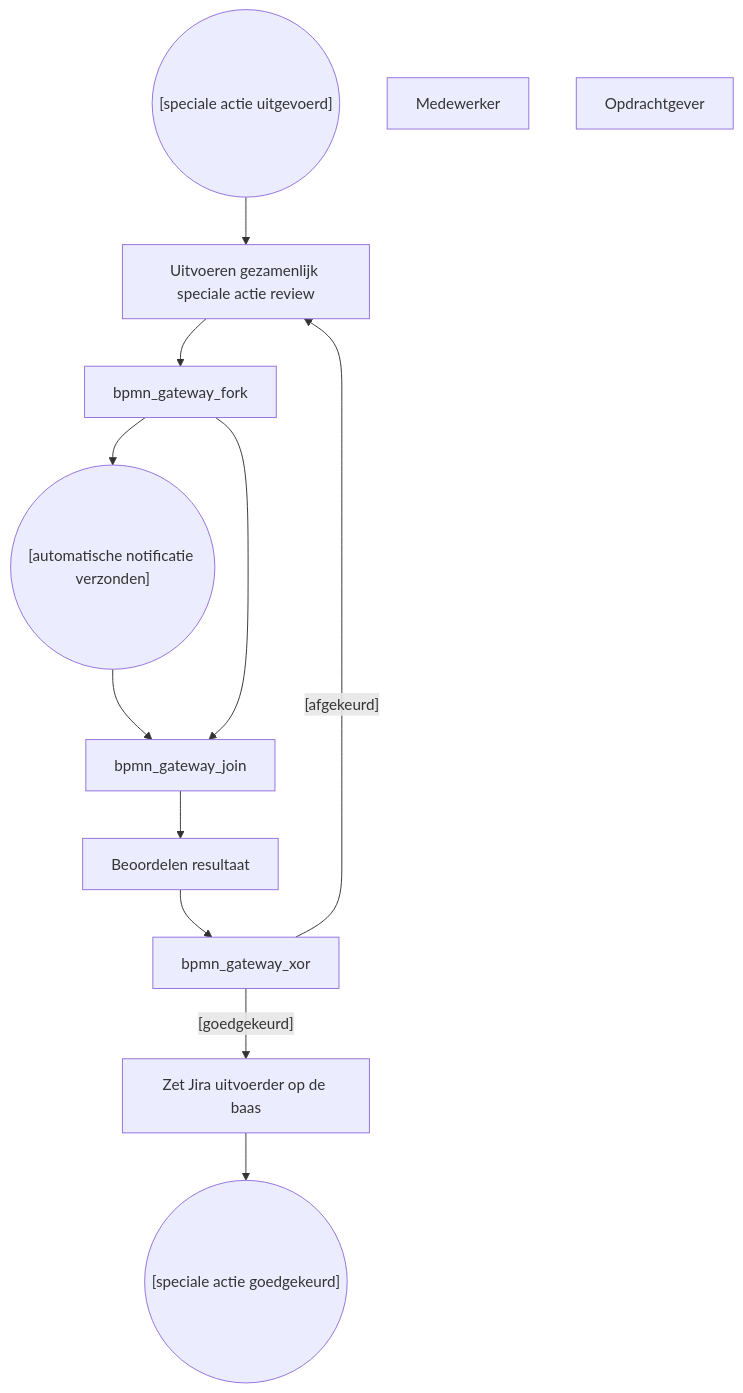
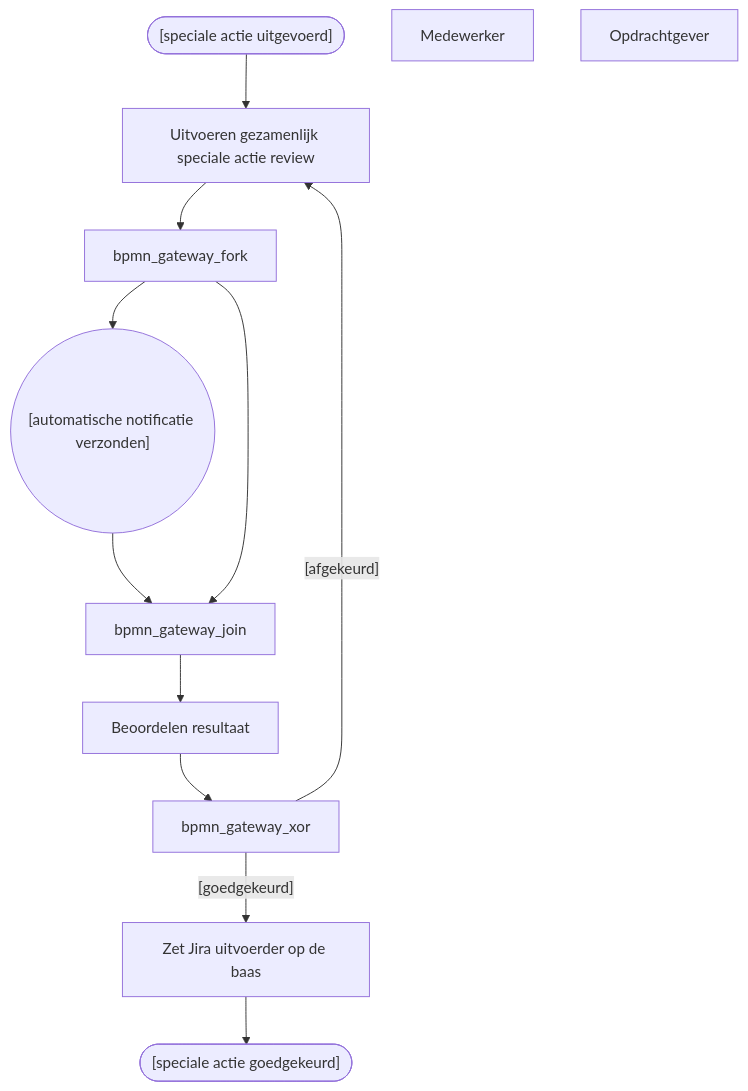
Before and after one commit to Zaibatsu89/IssueTracker: the diagram in 12 Issue Tracker review special action.mermaid, drawn with Mermaid. The commit also changed 12 other files, not shown here.

Commit message:
Added support for both BPMN and standard flowchart shapes

```diff
--- a/12 Issue Tracker review special action.mermaid
+++ b/12 Issue Tracker review special action.mermaid
@@ -1,19 +1,19 @@
-graph TD
-    bpmn_start_event(("[speciale actie uitgevoerd]"))
+flowchart TD
+    bpmn_start_event(["[speciale actie uitgevoerd]"])
     bpmn_task_intake["Uitvoeren gezamenlijk speciale actie review"]
     bpmn_event_notification(("[automatische notificatie verzonden]"))
     bpmn_task_beoordeling["Beoordelen resultaat"]
     bpmn_task_analyse["Zet Jira uitvoerder op de baas"]
-    bpmn_end_event(("[speciale actie goedgekeurd]"))
+    bpmn_end_event(["[speciale actie goedgekeurd]"])
     mIc6XLMKuAxiAPNymMe0-20["Medewerker"]
     mIc6XLMKuAxiAPNymMe0-21["Opdrachtgever"]
     bpmn_gateway_xor -->|"[goedgekeurd]"| bpmn_task_analyse
     bpmn_gateway_xor -->|"[afgekeurd]"| bpmn_task_intake
     bpmn_start_event --> bpmn_task_intake
     bpmn_task_intake --> bpmn_gateway_fork
     bpmn_gateway_fork --> bpmn_event_notification
     bpmn_event_notification --> bpmn_gateway_join
     bpmn_gateway_fork --> bpmn_gateway_join
     bpmn_gateway_join --> bpmn_task_beoordeling
     bpmn_task_beoordeling --> bpmn_gateway_xor
     bpmn_task_analyse --> bpmn_end_event
```
